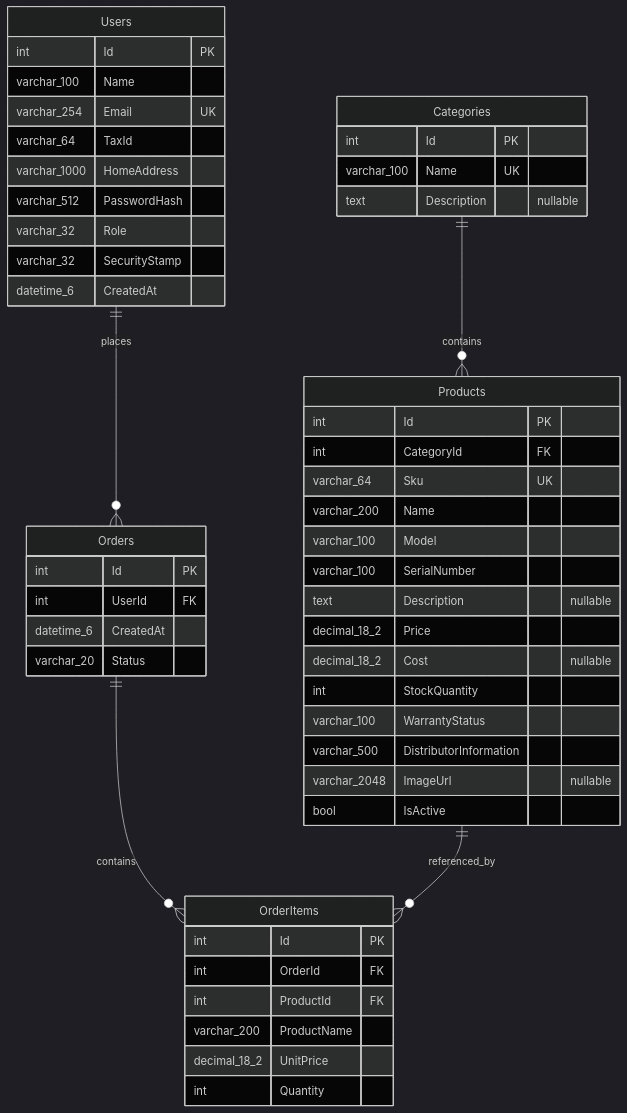
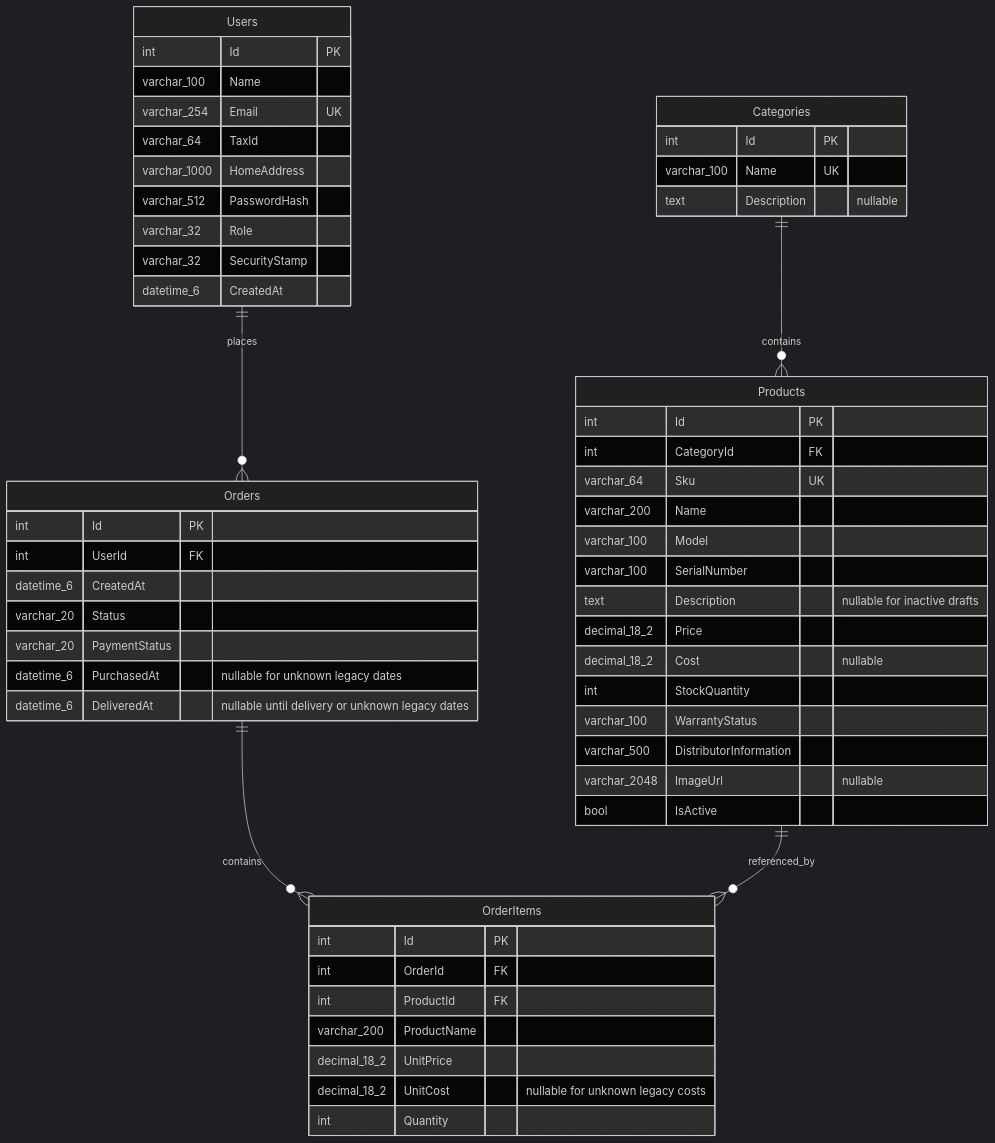
Before and after one commit to efegormus/cs308: the diagram in docs/database-schema.md, drawn with Mermaid (dark theme). The commit also changed other lines of this file and 6 other files, not shown here.

````diff
--- a/docs/database-schema.md
+++ b/docs/database-schema.md
@@ -14,53 +15,57 @@
 ```mermaid
 erDiagram
     Categories ||--o{ Products : contains
     Users ||--o{ Orders : places
     Orders ||--o{ OrderItems : contains
     Products ||--o{ OrderItems : referenced_by
     Categories {
         int Id PK
         varchar_100 Name UK
         text Description "nullable"
     }
     Products {
         int Id PK
         int CategoryId FK
         varchar_64 Sku UK
         varchar_200 Name
         varchar_100 Model
         varchar_100 SerialNumber
-        text Description "nullable"
+        text Description "nullable for inactive drafts"
         decimal_18_2 Price
         decimal_18_2 Cost "nullable"
         int StockQuantity
         varchar_100 WarrantyStatus
         varchar_500 DistributorInformation
         varchar_2048 ImageUrl "nullable"
         bool IsActive
     }
     Users {
         int Id PK
         varchar_100 Name
         varchar_254 Email UK
         varchar_64 TaxId
         varchar_1000 HomeAddress
         varchar_512 PasswordHash
         varchar_32 Role
         varchar_32 SecurityStamp
         datetime_6 CreatedAt
     }
     Orders {
         int Id PK
         int UserId FK
         datetime_6 CreatedAt
         varchar_20 Status
+        varchar_20 PaymentStatus
+        datetime_6 PurchasedAt "nullable for unknown legacy dates"
+        datetime_6 DeliveredAt "nullable until delivery or unknown legacy dates"
     }
     OrderItems {
         int Id PK
         int OrderId FK
         int ProductId FK
         varchar_200 ProductName
         decimal_18_2 UnitPrice
+        decimal_18_2 UnitCost "nullable for unknown legacy costs"
         int Quantity
     }
 ```
````
